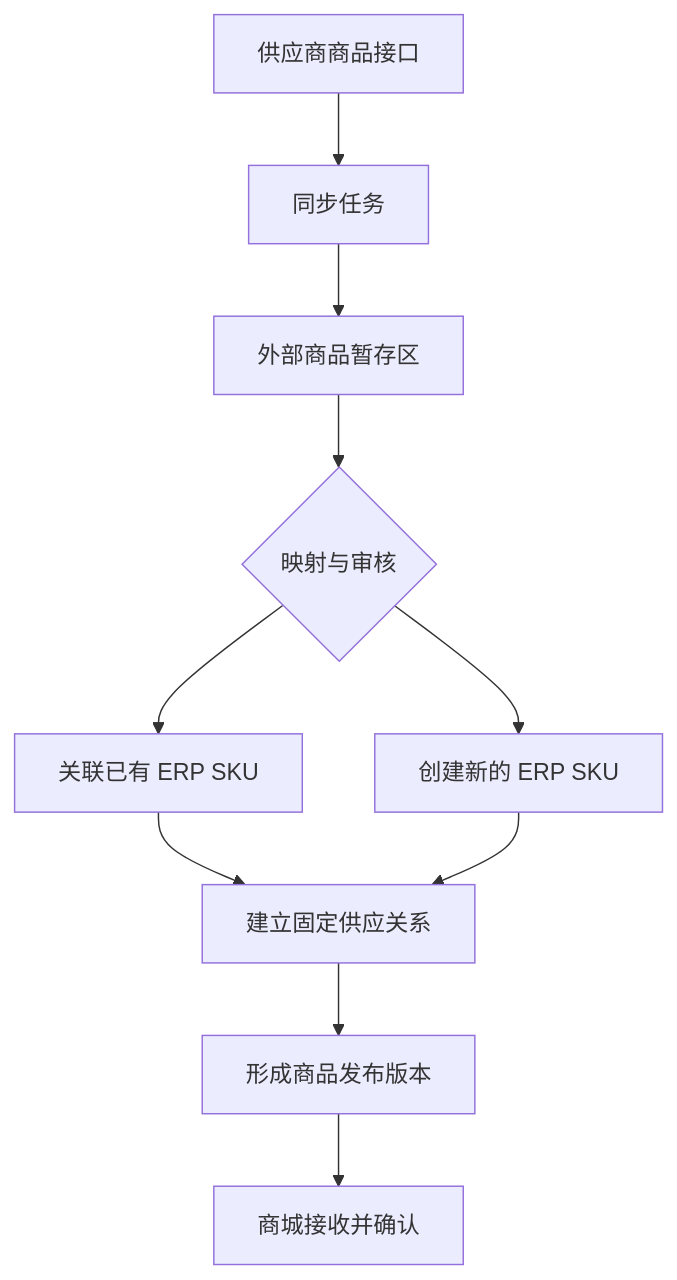
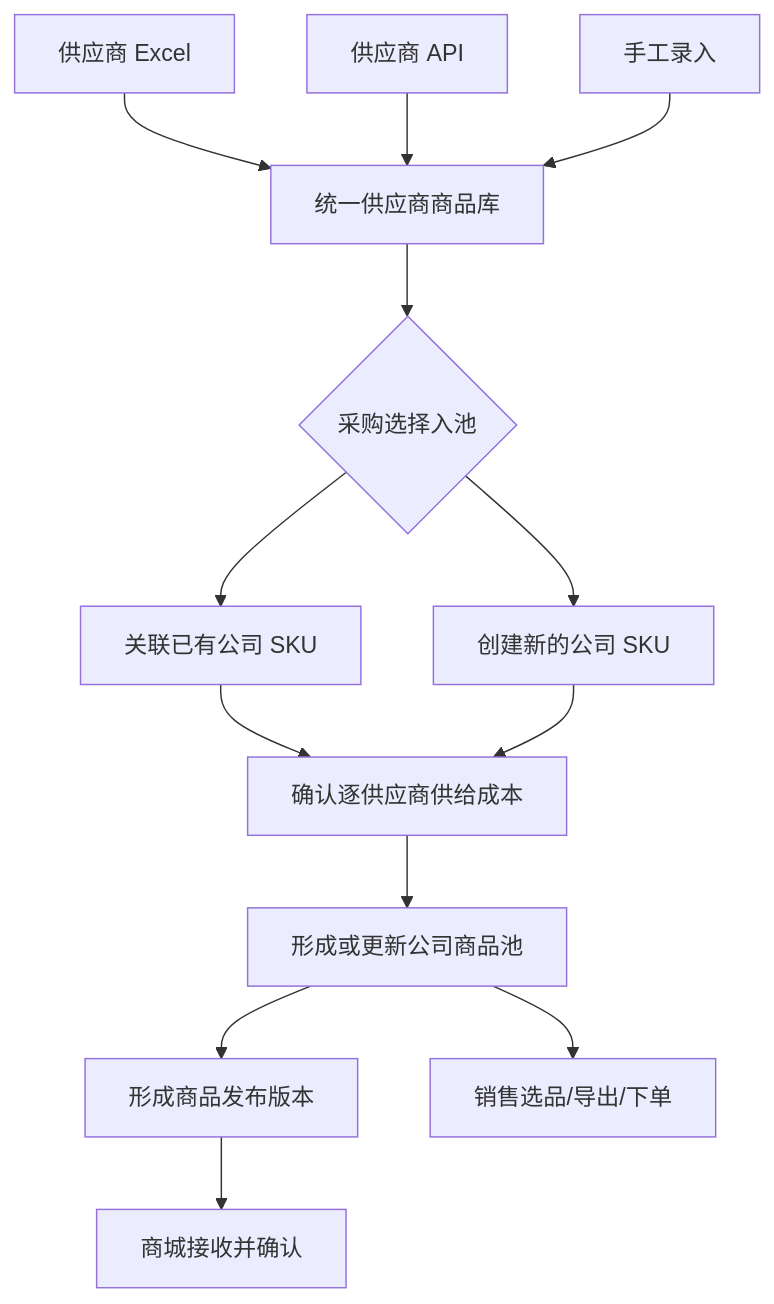
Before and after one commit to mztlive/erp: the second of 5 diagrams in docs/erp-phase-2.md, drawn with Mermaid. The commit also changed other lines of this file and 66 other files, not shown here.

````diff
--- a/docs/erp-phase-2.md
+++ b/docs/erp-phase-2.md
@@ -312,22 +312,28 @@
 ```mermaid
 flowchart TD
-  Supplier[供应商商品接口]
-  Sync[同步任务]
-  Staging[外部商品暂存区]
-  Review{映射与审核}
-  Existing[关联已有 ERP SKU]
-  New[创建新的 ERP SKU]
-  Supply[建立固定供应关系]
+  Excel[供应商 Excel]
+  Api[供应商 API]
+  Manual[手工录入]
+  Catalog[统一供应商商品库]
+  Review{采购选择入池}
+  Existing[关联已有公司 SKU]
+  New[创建新的公司 SKU]
+  Supply[确认逐供应商供给成本]
+  Pool[形成或更新公司商品池]
   Publish[形成商品发布版本]
+  Sales[销售选品/导出/下单]
   Mall[商城接收并确认]
 
-  Supplier --> Sync
-  Sync --> Staging
-  Staging --> Review
+  Excel --> Catalog
+  Api --> Catalog
+  Manual --> Catalog
+  Catalog --> Review
   Review --> Existing
   Review --> New
   Existing --> Supply
   New --> Supply
-  Supply --> Publish
+  Supply --> Pool
+  Pool --> Sales
+  Pool --> Publish
   Publish --> Mall
 ```
````
